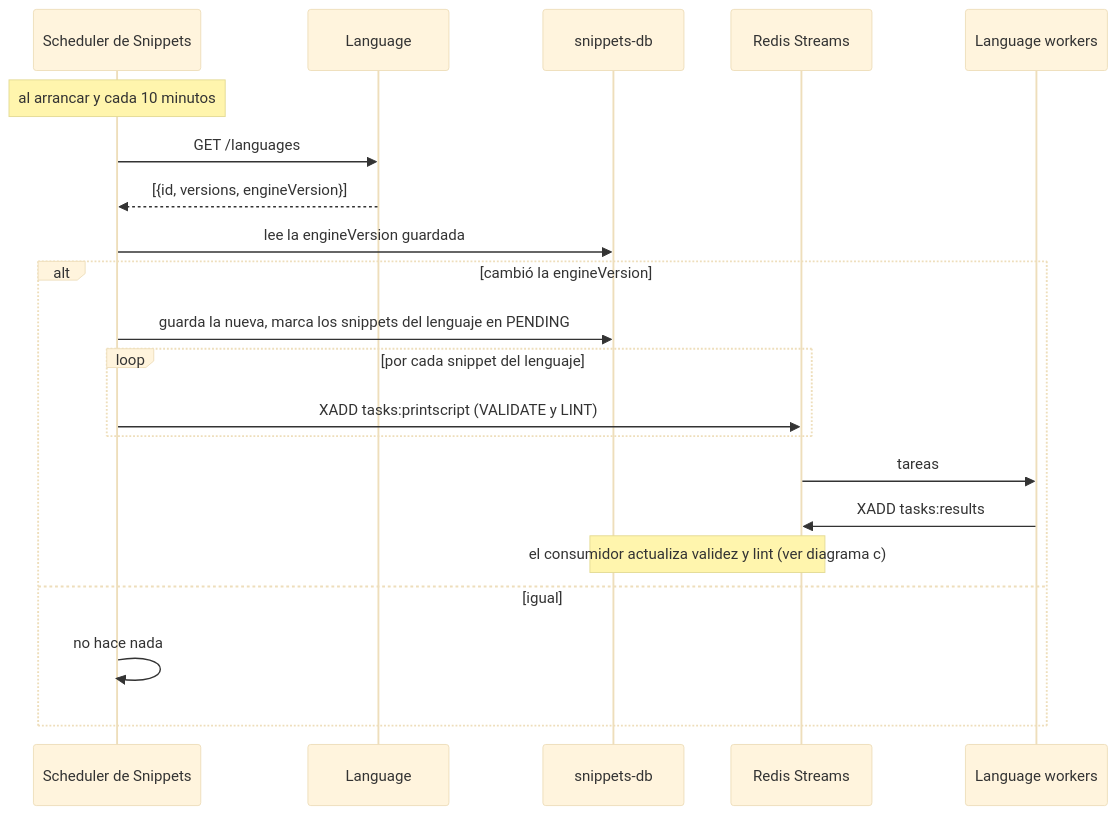
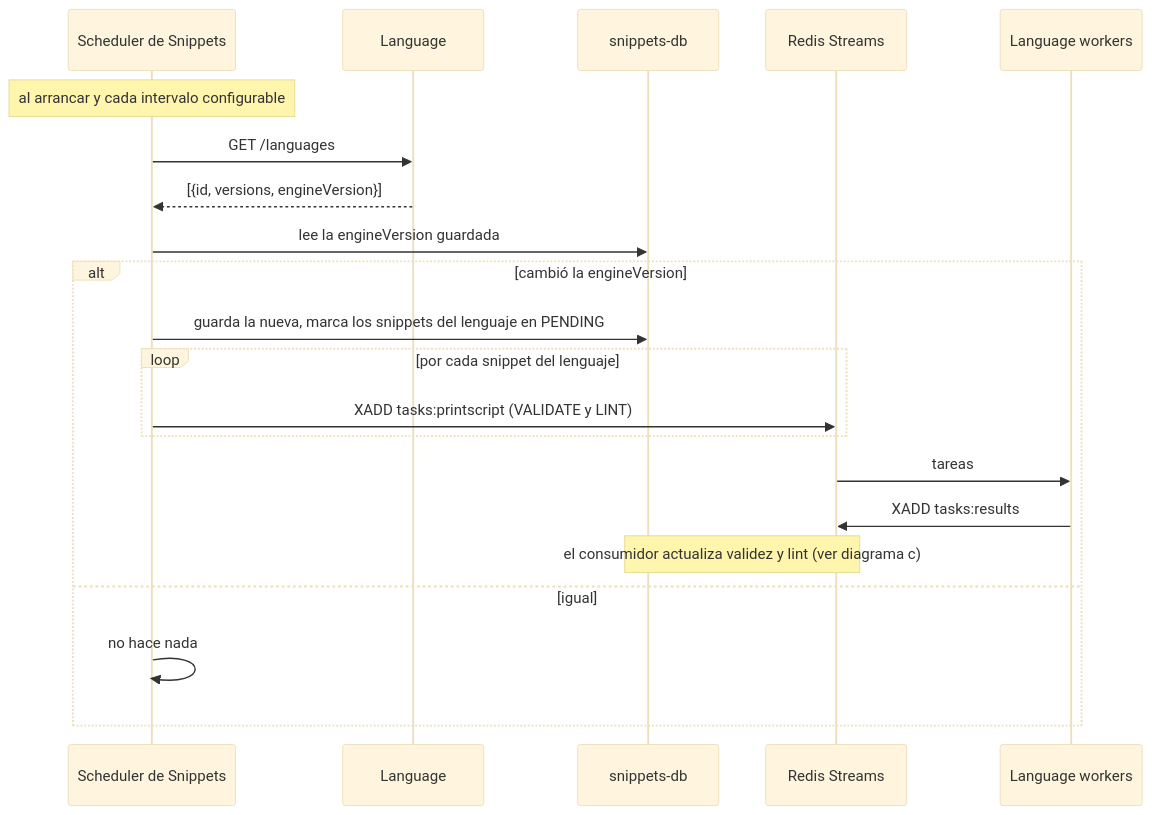
The sixth of 6 diagrams in docs/secuencias.md (TP1-2-INGSIS/snippet-searcher-infra), drawn with Mermaid (base theme) before and after one commit. The commit also changed other lines of this file and 3 other files, not shown here.

````diff
--- a/docs/secuencias.md
+++ b/docs/secuencias.md
@@ -208,24 +229,24 @@
 ```mermaid
 sequenceDiagram
     participant J as Scheduler de Snippets
     participant L as Language
     participant DB as snippets-db
     participant R as Redis Streams
     participant W as Language workers
 
-    Note over J: al arrancar y cada 10 minutos
+    Note over J: al arrancar y cada intervalo configurable
     J->>L: GET /languages
     L-->>J: [{id, versions, engineVersion}]
     J->>DB: lee la engineVersion guardada
     alt cambió la engineVersion
         J->>DB: guarda la nueva, marca los snippets del lenguaje en PENDING
         loop por cada snippet del lenguaje
             J->>R: XADD tasks:printscript (VALIDATE y LINT)
         end
         R->>W: tareas
         W->>R: XADD tasks:results
         Note over R,DB: el consumidor actualiza validez y lint (ver diagrama c)
     else igual
         J->>J: no hace nada
     end
 ```
````
